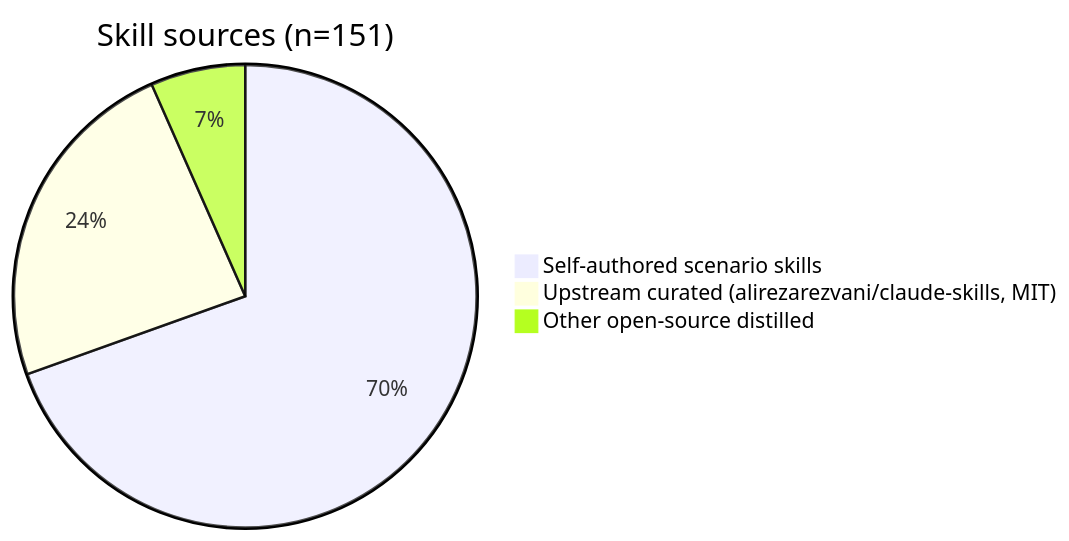
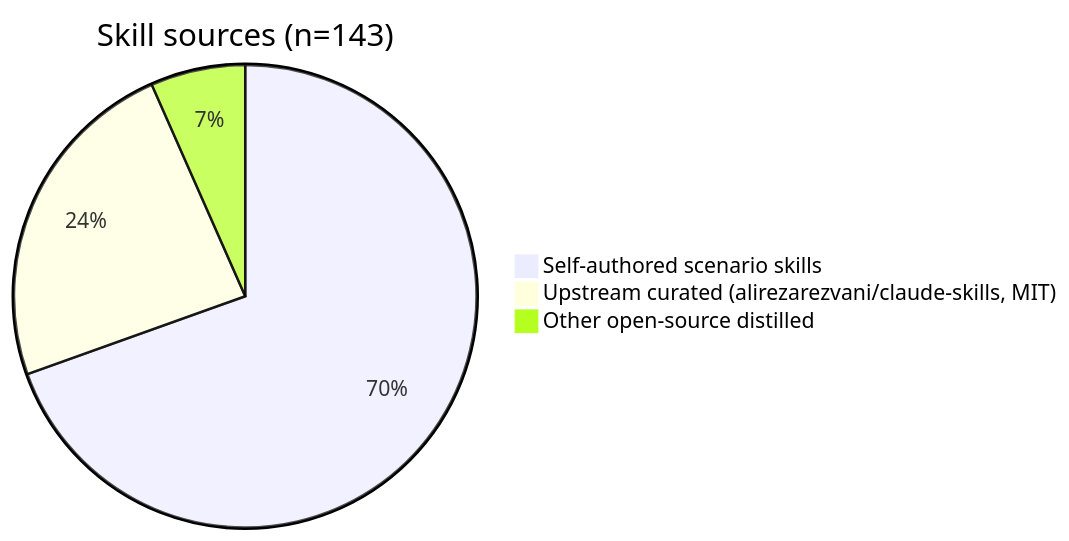
One commit to Morningstar202604/awesome-skillkit changed the second of 3 diagrams in README.md. Above: the diagram before and after it, drawn with Mermaid. The commit also changed other lines of this file and 2 other files, not shown here.

````diff
--- a/README.md
+++ b/README.md
@@ -44,6 +44,6 @@
 ```mermaid
-pie title Skill sources (n=151)
+pie title Skill sources (n=143)
     "Self-authored scenario skills" : 105
     "Upstream curated (alirezarezvani/claude-skills, MIT)" : 36
     "Other open-source distilled" : 10
 ```
````
